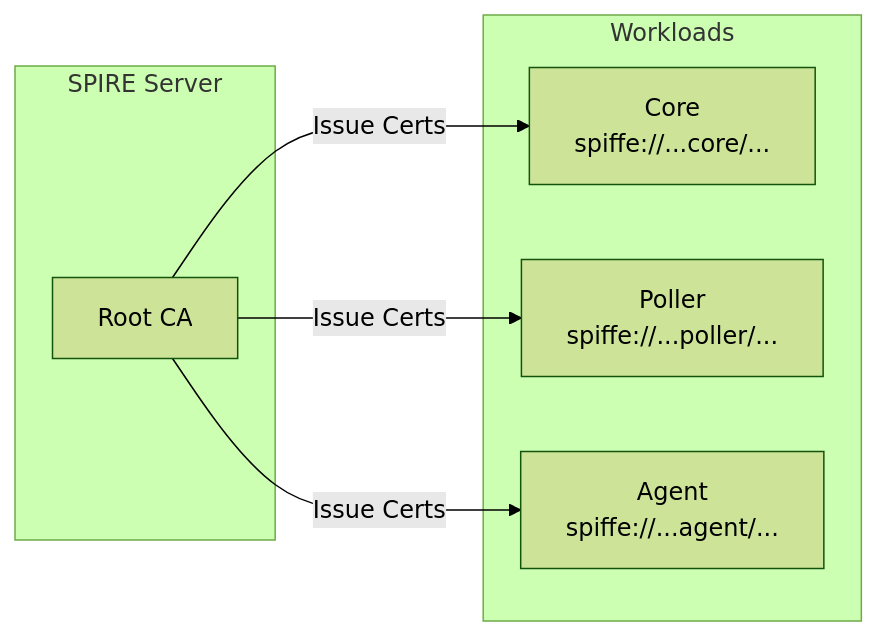
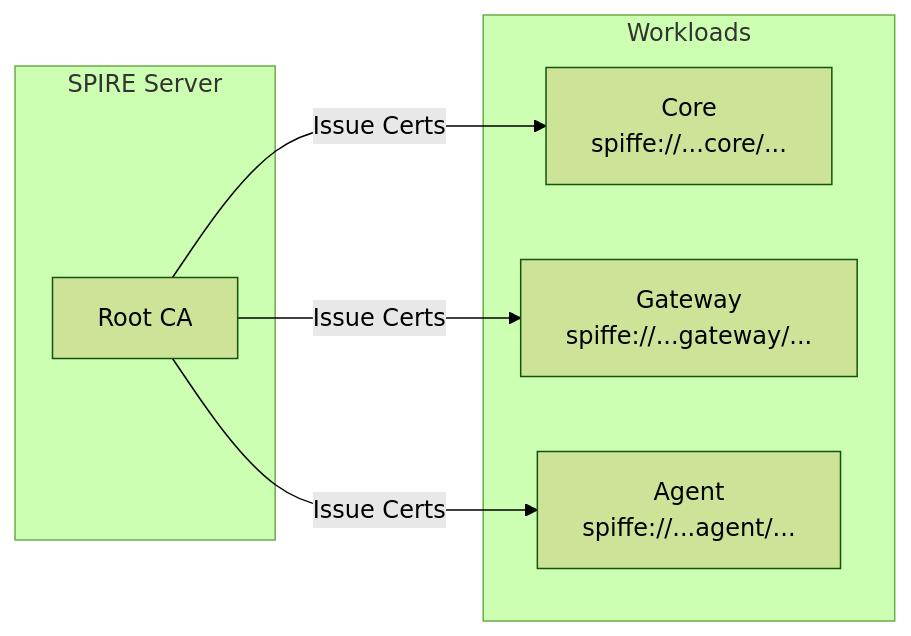
The second of 2 diagrams in docs/docs/security-architecture.md (carverauto/serviceradar), drawn with Mermaid (forest theme) before and after one commit. The commit also changed other lines of this file and 118 other files, not shown here.

````diff
--- a/docs/docs/security-architecture.md
+++ b/docs/docs/security-architecture.md
@@ -117,16 +117,16 @@
 ```mermaid
 flowchart LR
     subgraph SPIRE["SPIRE Server"]
         CA[Root CA]
     end
 
     subgraph Workloads["Workloads"]
         CORE[Core<br/>spiffe://...core/...]
-        POLLER[Poller<br/>spiffe://...poller/...]
+        GATEWAY[Gateway<br/>spiffe://...gateway/...]
         AGENT[Agent<br/>spiffe://...agent/...]
     end
 
     CA -->|Issue Certs| CORE
-    CA -->|Issue Certs| POLLER
+    CA -->|Issue Certs| GATEWAY
     CA -->|Issue Certs| AGENT
 ```
````
